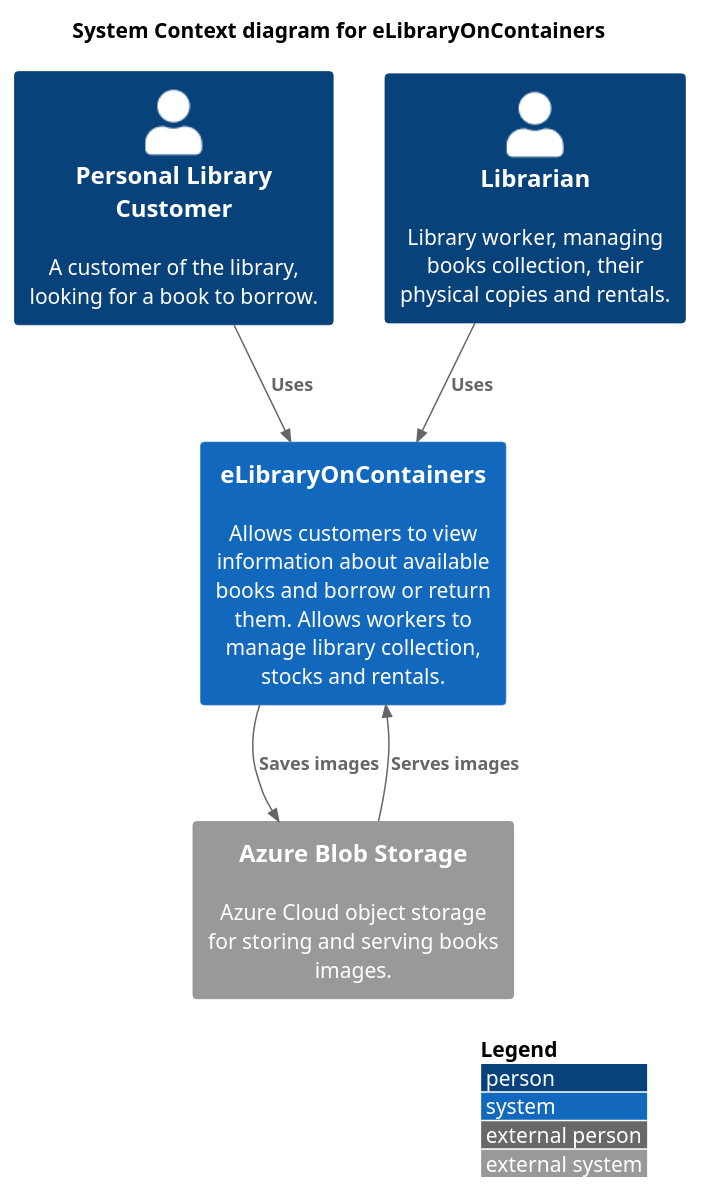
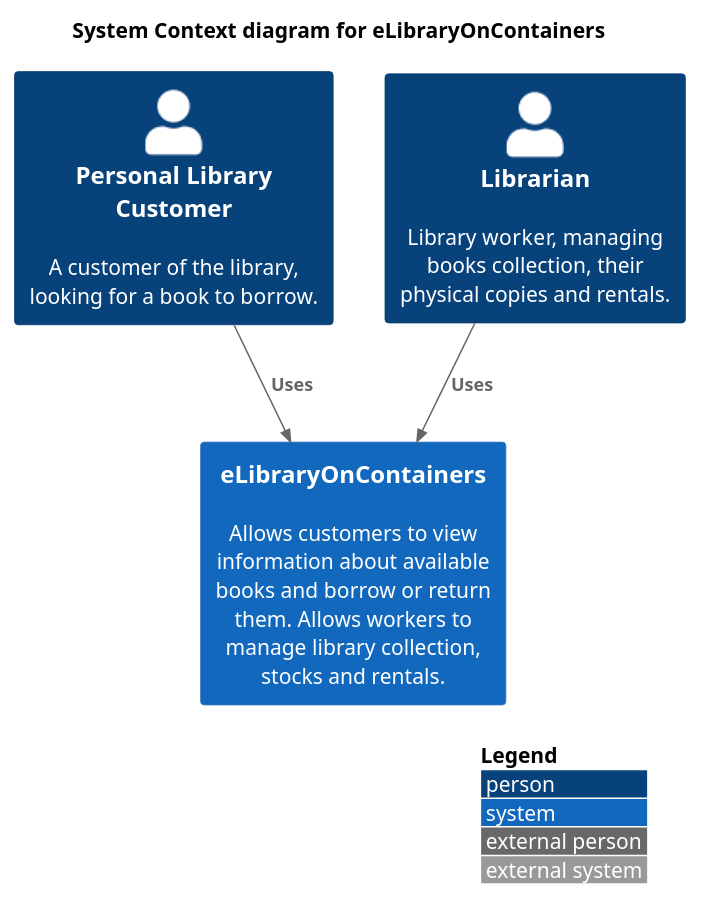
Before and after one commit to e-library-on-containers/e-library-on-containers: the diagram in c4builder/src/1 System Context Diagram/system-context-diagram.puml, drawn with PlantUML. The commit also changed 3 other files, not shown here.

```diff
--- a/c4builder/src/1 System Context Diagram/system-context-diagram.puml
+++ b/c4builder/src/1 System Context Diagram/system-context-diagram.puml
@@ -1,17 +1,17 @@
 @startuml
 !include https://raw.githubusercontent.com/adrianvlupu/C4-PlantUML/latest/C4_Context.puml
 
 LAYOUT_WITH_LEGEND()
 
 title System Context diagram for eLibraryOnContainers
 
 Person(plc, "Personal Library Customer", "A customer of the library, looking for a book to borrow.")
 Person(lib, "Librarian", "Library worker, managing books collection, their physical copies and rentals.")
 System(eloc, "eLibraryOnContainers", "Allows customers to view information about available books and borrow or return them. Allows workers to manage library collection, stocks and rentals.")
-System_Ext(abs, "Azure Blob Storage", "Azure Cloud object storage for storing and serving books images.")
+'System_Ext(abs, "Azure Blob Storage", "Azure Cloud object storage for storing and serving books images.")
 
 Rel(plc, eloc, "Uses")
 Rel(lib, eloc, "Uses")
-Rel(eloc, abs, "Saves images")
-Rel(abs, eloc, "Serves images")
+'Rel(eloc, abs, "Saves images")
+'Rel(abs, eloc, "Serves images")
 @enduml
```
